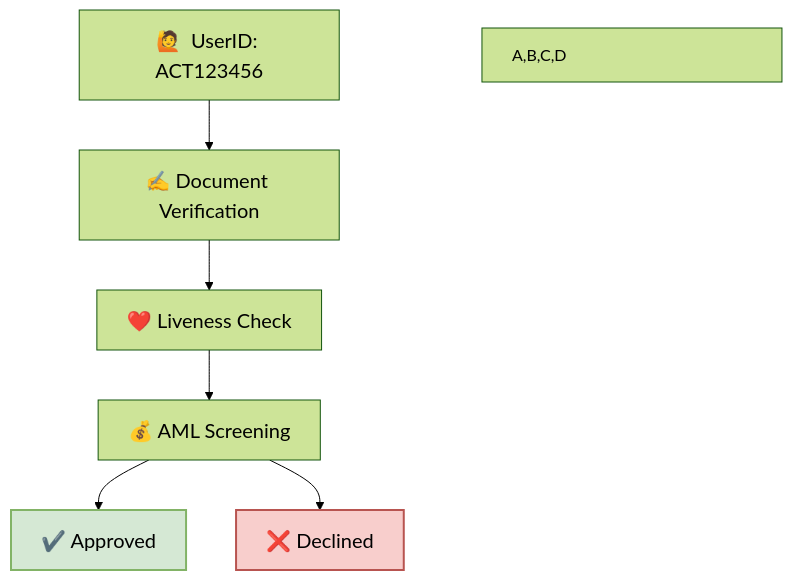
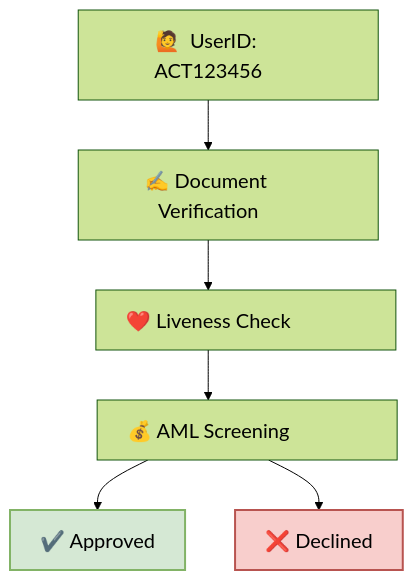
One commit to Fantastic-Devs/Mintlify changed the diagram in id/id.mdx. Above: the diagram before and after it, drawn with Mermaid (forest theme).

````diff
--- a/id/id.mdx
+++ b/id/id.mdx
@@ -17,27 +17,31 @@
 ```mermaid
 
 graph TB;
     A["🙋  UserID: ACT123456"];
     B["✍ Document Verification"];
     C["❤️ Liveness Check"];
     D["💰 AML Screening"];
     E["✔️ Approved"];
     F["❌ Declined"];
     A--> B;
     B--> C;
     C--> D;
     D--> E & F;
 
     classDef largeText font-size:20px;
     class A largeText;
     class B largeText;
     class C largeText;
     class D largeText;
     class E largeText;
     class F largeText;
 
-    style A,B,C,D width:300px
+    style A width:300px
+    style B width:300px
+    style C width:300px
+    style D width:300px
+    
     style E fill:#d5e8d4,stroke:#82b366,stroke-width:2px
     style F fill:#f8cecc,stroke:#b85450,stroke-width:2px
 
 ```
````
